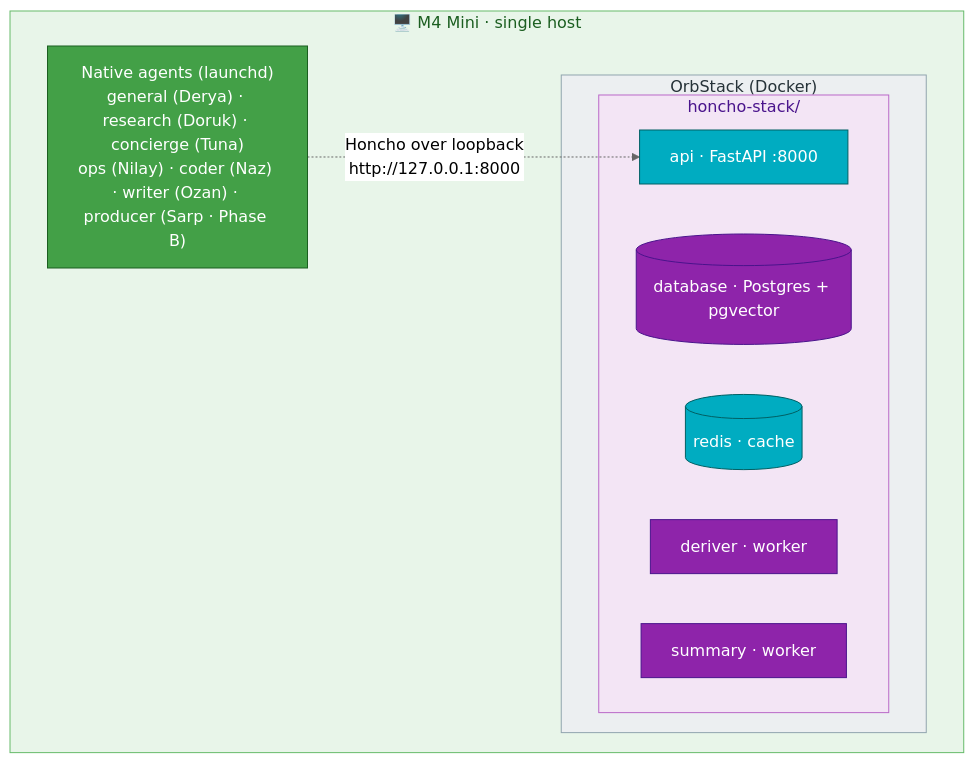
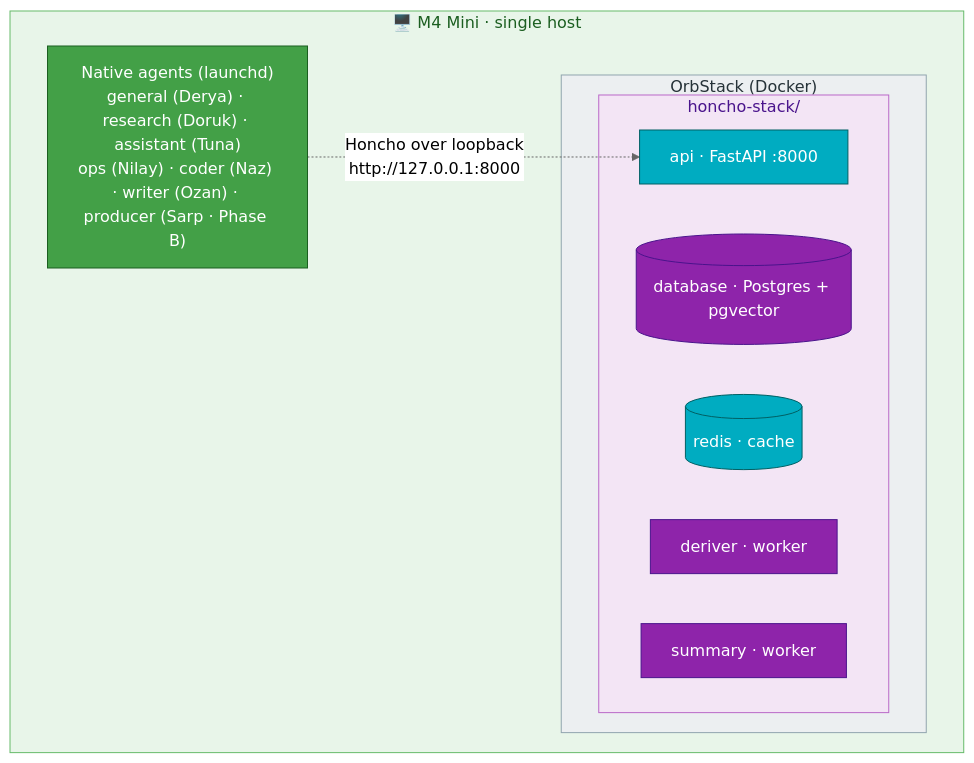
One commit to mpolatcan/hermes-setup changed the second of 2 diagrams in docs/07-memory.md. Above: the diagram before and after it, drawn with Mermaid (neutral theme). The commit also changed other lines of this file and 12 other files, not shown here.

First line of the commit message:
docs: rename slug concierge -> assistant (clearer functional label)

````diff
--- a/docs/07-memory.md
+++ b/docs/07-memory.md
@@ -80,22 +80,22 @@
 ```mermaid
 flowchart TB
     subgraph mini["🖥️ M4 Mini · single host"]
-        ag["Native agents (launchd)<br/>general (Derya) · research (Doruk) · concierge (Tuna)<br/>ops (Nilay) · coder (Naz) · writer (Ozan) · producer (Sarp · Phase B)"]:::mini
+        ag["Native agents (launchd)<br/>general (Derya) · research (Doruk) · assistant (Tuna)<br/>ops (Nilay) · coder (Naz) · writer (Ozan) · producer (Sarp · Phase B)"]:::mini
         subgraph orb["OrbStack (Docker)"]
             subgraph hs["honcho-stack/"]
                 api["api · FastAPI :8000"]:::svc
                 db[("database · Postgres + pgvector")]:::infra
                 redis[("redis · cache")]:::svc
                 deriver["deriver · worker"]:::infra
                 summary["summary · worker"]:::infra
             end
         end
     end
     ag -. "Honcho over loopback<br/>http://127.0.0.1:8000" .-> api
     classDef mini fill:#43A047,stroke:#1B5E20,color:#fff
     classDef svc fill:#00ACC1,stroke:#006064,color:#fff
     classDef infra fill:#8E24AA,stroke:#4A148C,color:#fff
     style mini fill:#E8F5E9,stroke:#66BB6A,color:#1B5E20
     style orb fill:#ECEFF1,stroke:#90A4AE,color:#263238
     style hs fill:#F3E5F5,stroke:#BA68C8,color:#4A148C
 ```
````
